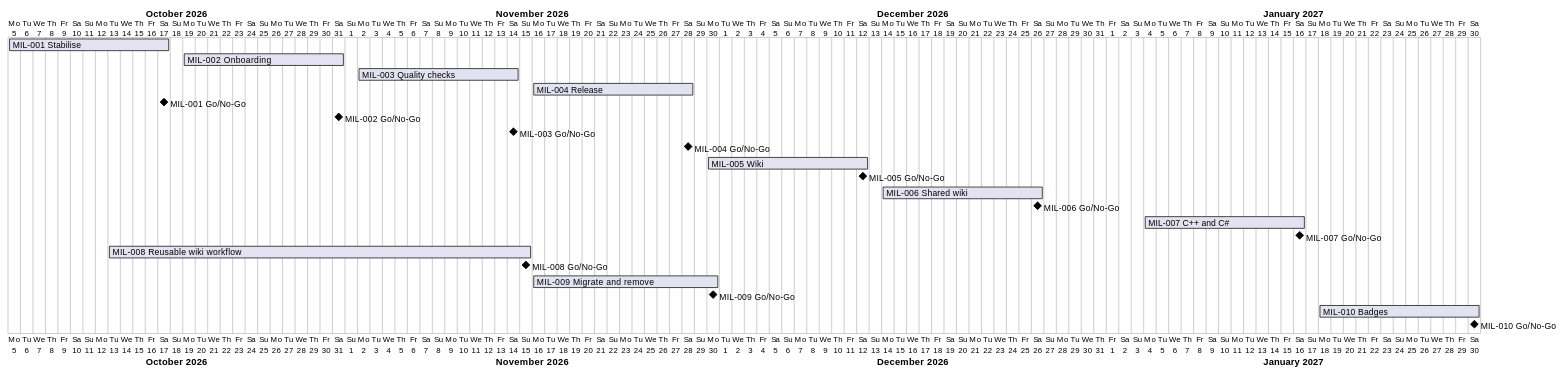
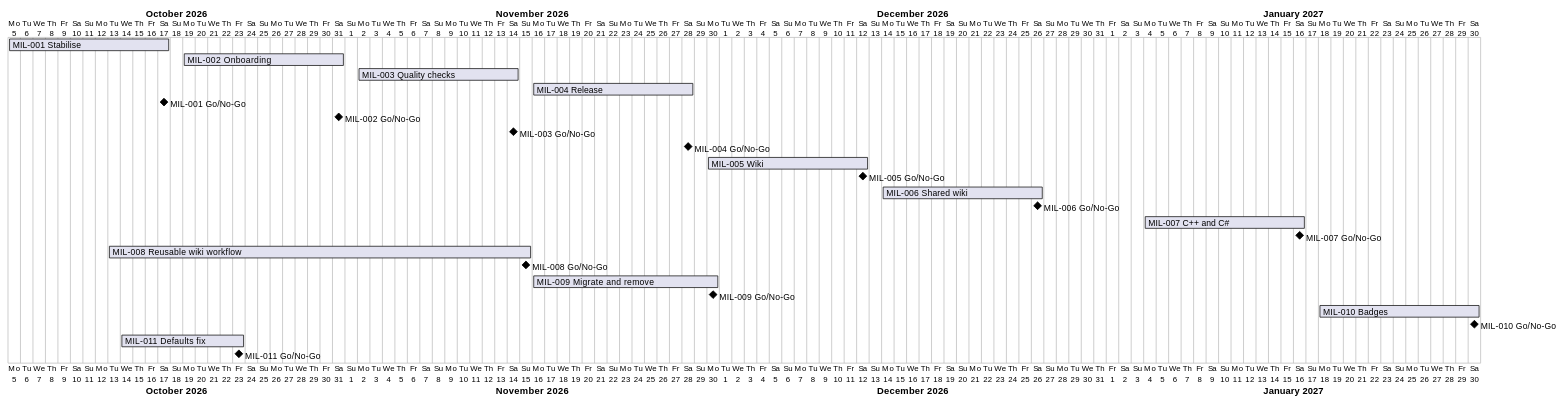
Before and after one commit to TirSystem/git-workflows: the diagram in docs/project-plan.md, drawn with PlantUML. The commit also changed other lines of this file and 2 other files, not shown here.

First line of the commit message:
Plan MIL-011: fix the defaults of the code metrics workflow

````diff
--- a/docs/project-plan.md
+++ b/docs/project-plan.md
@@ -44,25 +45,27 @@
 ```plantuml
 @startgantt
 Project starts 2026-10-05
 [MIL-001 Stabilise] starts 2026-10-05 and ends 2026-10-17
 [MIL-002 Onboarding] starts 2026-10-19 and ends 2026-10-31
 [MIL-003 Quality checks] starts 2026-11-02 and ends 2026-11-14
 [MIL-004 Release] starts 2026-11-16 and ends 2026-11-28
 [MIL-001 Go/No-Go] happens 2026-10-17
 [MIL-002 Go/No-Go] happens 2026-10-31
 [MIL-003 Go/No-Go] happens 2026-11-14
 [MIL-004 Go/No-Go] happens 2026-11-28
 [MIL-005 Wiki] starts 2026-11-30 and ends 2026-12-12
 [MIL-005 Go/No-Go] happens 2026-12-12
 [MIL-006 Shared wiki] starts 2026-12-14 and ends 2026-12-26
 [MIL-006 Go/No-Go] happens 2026-12-26
 [MIL-007 C++ and C#] starts 2027-01-04 and ends 2027-01-16
 [MIL-007 Go/No-Go] happens 2027-01-16
 [MIL-008 Reusable wiki workflow] starts 2026-10-13 and ends 2026-11-15
 [MIL-008 Go/No-Go] happens 2026-11-15
 [MIL-009 Migrate and remove] starts 2026-11-16 and ends 2026-11-30
 [MIL-009 Go/No-Go] happens 2026-11-30
 [MIL-010 Badges] starts 2027-01-18 and ends 2027-01-30
 [MIL-010 Go/No-Go] happens 2027-01-30
+[MIL-011 Defaults fix] starts 2026-10-14 and ends 2026-10-23
+[MIL-011 Go/No-Go] happens 2026-10-23
 @endgantt
 ```
````
